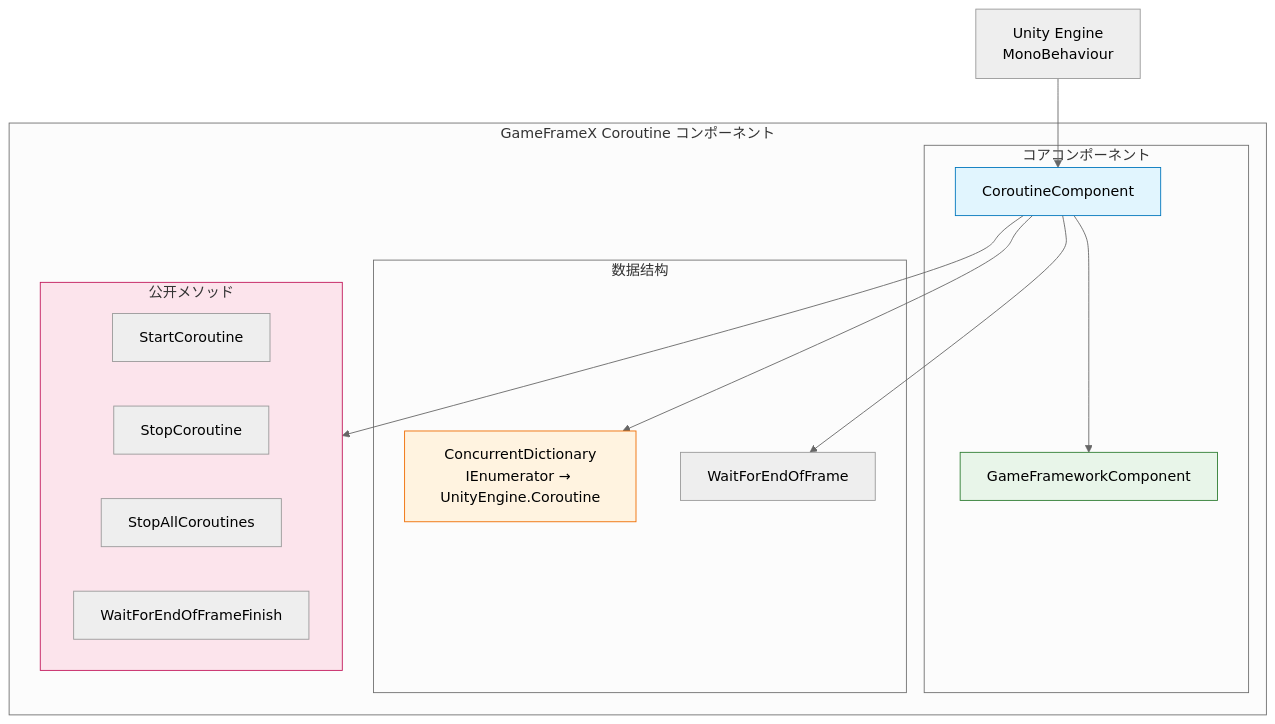
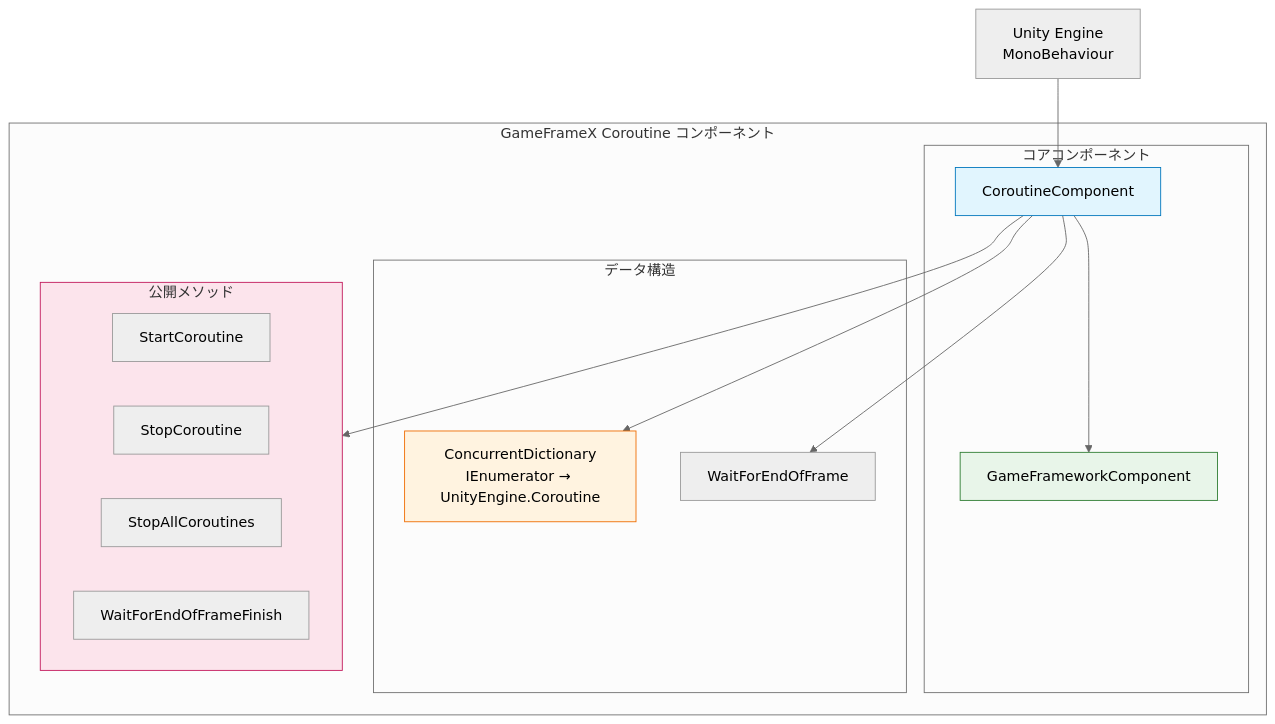
One commit to AlianBlank/GameFrameX.Docs changed the first of 2 diagrams in docs/ja/client/unity/component/coroutine/01.overview.md. Above: the diagram before and after it, drawn with Mermaid (neutral theme). The commit also changed other lines of this file and 320 other files, not shown here.

````diff
--- a/docs/ja/client/unity/component/coroutine/01.overview.md
+++ b/docs/ja/client/unity/component/coroutine/01.overview.md
@@ -30,32 +30,32 @@
 ```mermaid
 graph TD
     subgraph GameFrameX_Coroutine["GameFrameX Coroutine コンポーネント"]
         subgraph Core["コアコンポーネント"]
             CC[CoroutineComponent]
             GFC[GameFrameworkComponent]
         end
         
-        subgraph Data["数据结构"]
+        subgraph Data["データ構造"]
             CD[ConcurrentDictionary<br/>IEnumerator → UnityEngine.Coroutine]
             WFE[WaitForEndOfFrame]
         end
         
-        subgraph Methods["公开メソッド"]
+        subgraph Methods["公開メソッド"]
             SC[StartCoroutine]
             STC[StopCoroutine]
             SAC[StopAllCoroutines]
             WFEFCB[WaitForEndOfFrameFinish]
         end
     end
     
     Unity[Unity Engine<br/>MonoBehaviour] --> CC
     CC --> GFC
     CC --> CD
     CC --> WFE
     CC --> Methods
     
     style CC fill:#e1f5fe,stroke:#0277bd
     style GFC fill:#e8f5e9,stroke:#2e7d32
     style CD fill:#fff3e0,stroke:#ef6c00
     style Methods fill:#fce4ec,stroke:#c2185b
 ```
````
